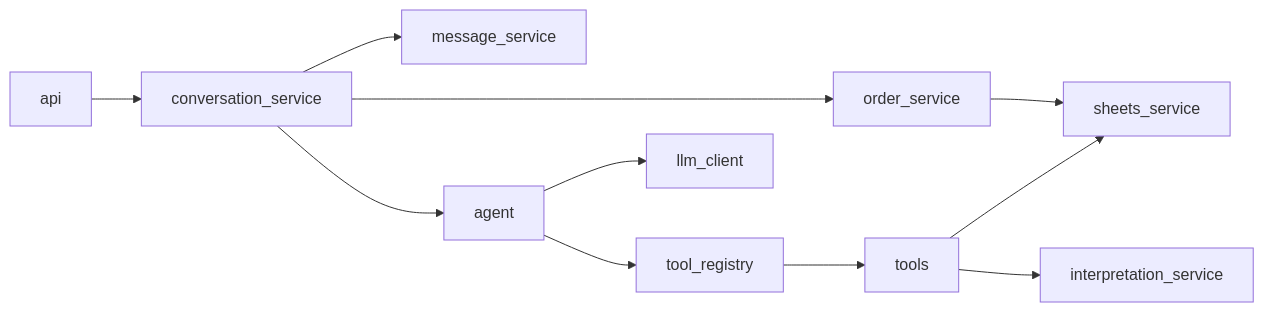
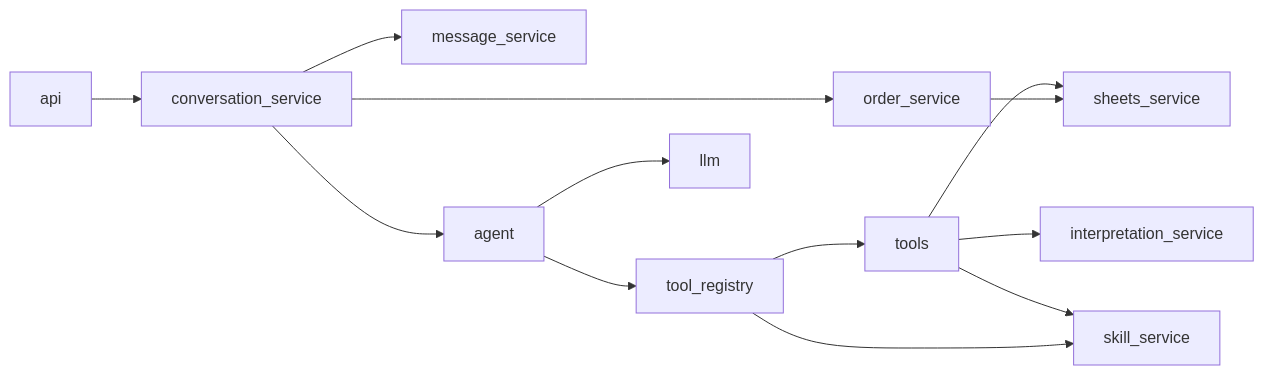
One commit to FernandoMRestelli/norma-agentic-ai changed the fourth of 4 diagrams in docs/spec/agente.md. Above: the diagram before and after it, drawn with Mermaid. The commit also changed other lines of this file and 111 other files, not shown here.

````diff
--- a/docs/spec/agente.md
+++ b/docs/spec/agente.md
@@ -363,12 +540,14 @@
 ```mermaid
 flowchart LR
     api --> conversation_service
     conversation_service --> message_service
     conversation_service --> agent
     conversation_service --> order_service
     agent --> tool_registry --> tools
     tools --> sheets_service
     tools --> interpretation_service
+    tools --> skill_service
+    tool_registry --> skill_service
     order_service --> sheets_service
-    agent --> llm_client
+    agent --> llm
 ```
````
